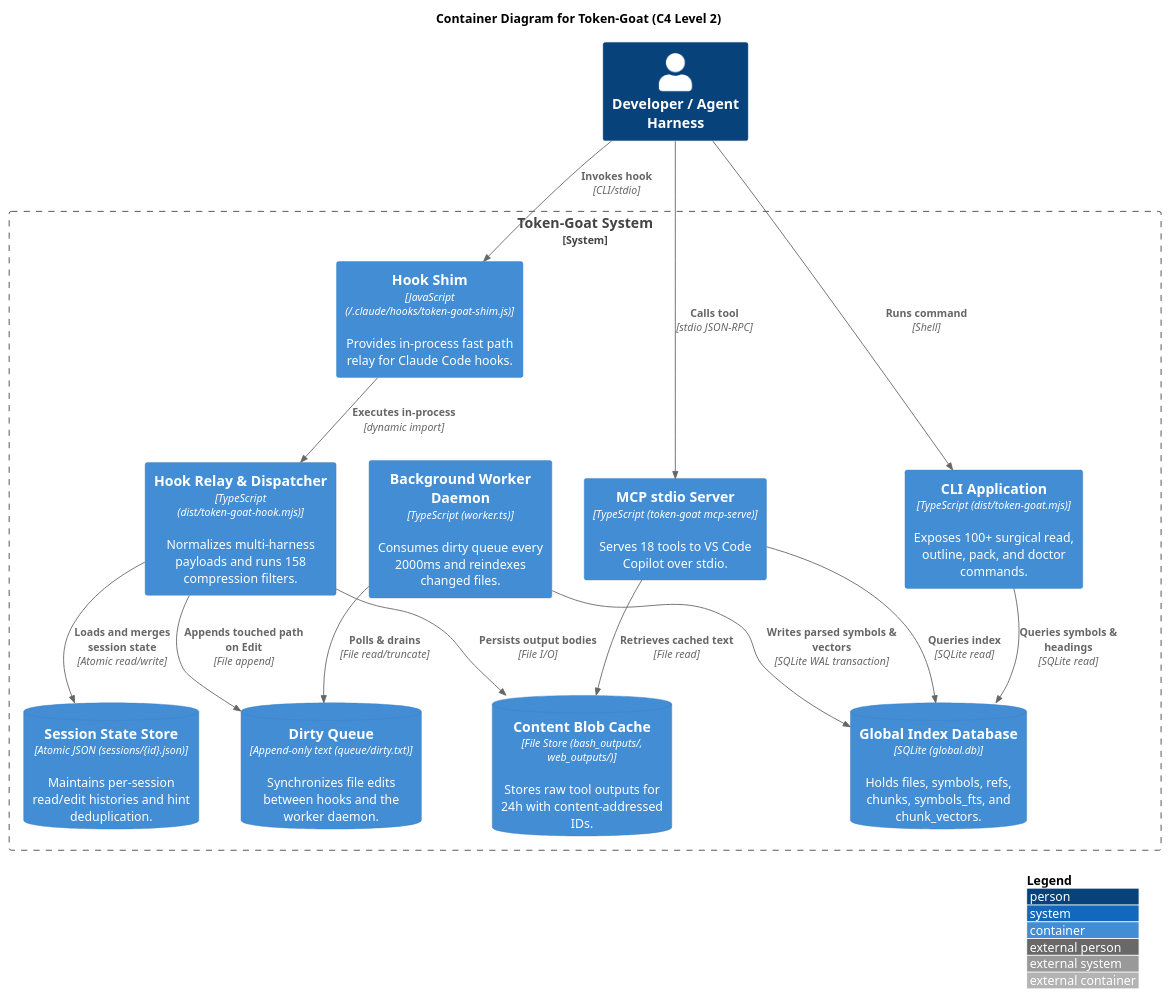
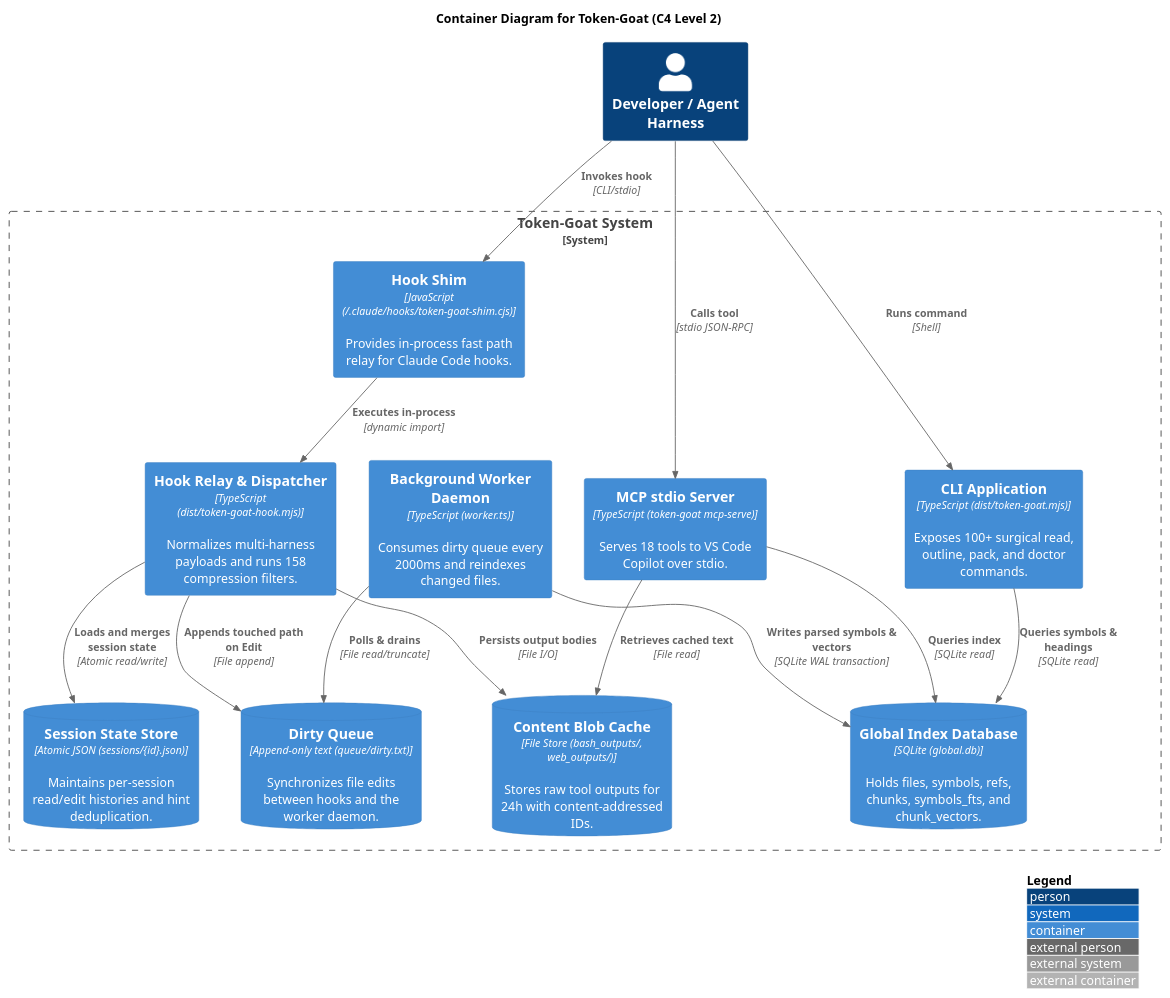
Before and after one commit to DFKHelper/token-goat: the diagram in demo/diagrams/c4_containers.puml, drawn with PlantUML. The commit also changed 48 other files, not shown here.

```diff
--- a/demo/diagrams/c4_containers.puml
+++ b/demo/diagrams/c4_containers.puml
@@ -1,38 +1,38 @@
 @startuml C4_Containers
 !include https://raw.githubusercontent.com/plantuml-stdlib/C4-PlantUML/master/C4_Container.puml
 
 LAYOUT_WITH_LEGEND()
 
 title Container Diagram for Token-Goat (C4 Level 2)
 
 Person(user, "Developer / Agent Harness")
 
 System_Boundary(tg_boundary, "Token-Goat System") {
-    Container(shim, "Hook Shim", "JavaScript (~/.claude/hooks/token-goat-shim.js)", "Provides in-process fast path relay for Claude Code hooks.")
+    Container(shim, "Hook Shim", "JavaScript (~/.claude/hooks/token-goat-shim.cjs)", "Provides in-process fast path relay for Claude Code hooks.")
     Container(relay, "Hook Relay & Dispatcher", "TypeScript (dist/token-goat-hook.mjs)", "Normalizes multi-harness payloads and runs 158 compression filters.")
     Container(cli, "CLI Application", "TypeScript (dist/token-goat.mjs)", "Exposes 100+ surgical read, outline, pack, and doctor commands.")
     Container(mcp, "MCP stdio Server", "TypeScript (token-goat mcp-serve)", "Serves 18 tools to VS Code Copilot over stdio.")
     Container(worker, "Background Worker Daemon", "TypeScript (worker.ts)", "Consumes dirty queue every 2000ms and reindexes changed files.")
 
     ContainerDb(global_db, "Global Index Database", "SQLite (global.db)", "Holds files, symbols, refs, chunks, symbols_fts, and chunk_vectors.")
     ContainerDb(sessions, "Session State Store", "Atomic JSON (sessions/{id}.json)", "Maintains per-session read/edit histories and hint deduplication.")
     ContainerDb(blobs, "Content Blob Cache", "File Store (bash_outputs/, web_outputs/)", "Stores raw tool outputs for 24h with content-addressed IDs.")
     ContainerDb(dirty_queue, "Dirty Queue", "Append-only text (queue/dirty.txt)", "Synchronizes file edits between hooks and the worker daemon.")
 }
 
 Rel(user, shim, "Invokes hook", "CLI/stdio")
 Rel(shim, relay, "Executes in-process", "dynamic import")
 Rel(user, cli, "Runs command", "Shell")
 Rel(user, mcp, "Calls tool", "stdio JSON-RPC")
 
 Rel(relay, dirty_queue, "Appends touched path on Edit", "File append")
 Rel(relay, sessions, "Loads and merges session state", "Atomic read/write")
 Rel(relay, blobs, "Persists output bodies", "File I/O")
 
 Rel(worker, dirty_queue, "Polls & drains", "File read/truncate")
 Rel(worker, global_db, "Writes parsed symbols & vectors", "SQLite WAL transaction")
 
 Rel(cli, global_db, "Queries symbols & headings", "SQLite read")
 Rel(mcp, global_db, "Queries index", "SQLite read")
 Rel(mcp, blobs, "Retrieves cached text", "File read")
 @enduml
```
